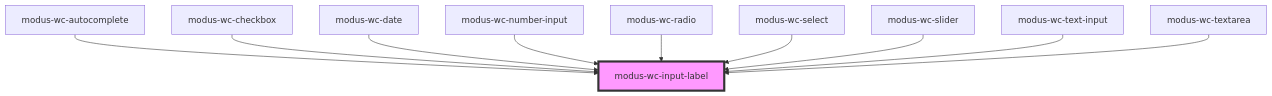
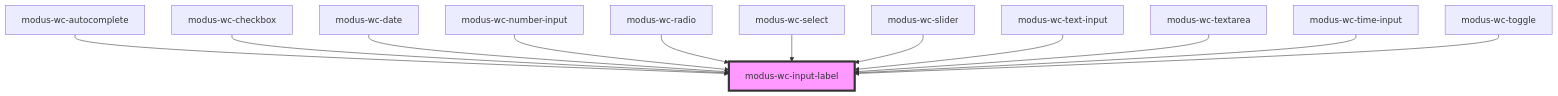
The diagram in src/components/atoms/modus-wc-input-label/readme.md (trimble-oss/modus-wc-2.0), drawn with Mermaid before and after one commit. The commit also changed other lines of this file and 26 other files, not shown here.

Commit message:
feat: add input label to time and toggle inputs

````diff
--- a/src/components/atoms/modus-wc-input-label/readme.md
+++ b/src/components/atoms/modus-wc-input-label/readme.md
@@ -43,13 +44,15 @@
 ```mermaid
 graph TD;
   modus-wc-autocomplete --> modus-wc-input-label
   modus-wc-checkbox --> modus-wc-input-label
   modus-wc-date --> modus-wc-input-label
   modus-wc-number-input --> modus-wc-input-label
   modus-wc-radio --> modus-wc-input-label
   modus-wc-select --> modus-wc-input-label
   modus-wc-slider --> modus-wc-input-label
   modus-wc-text-input --> modus-wc-input-label
   modus-wc-textarea --> modus-wc-input-label
+  modus-wc-time-input --> modus-wc-input-label
+  modus-wc-toggle --> modus-wc-input-label
   style modus-wc-input-label fill:#f9f,stroke:#333,stroke-width:4px
 ```
````
